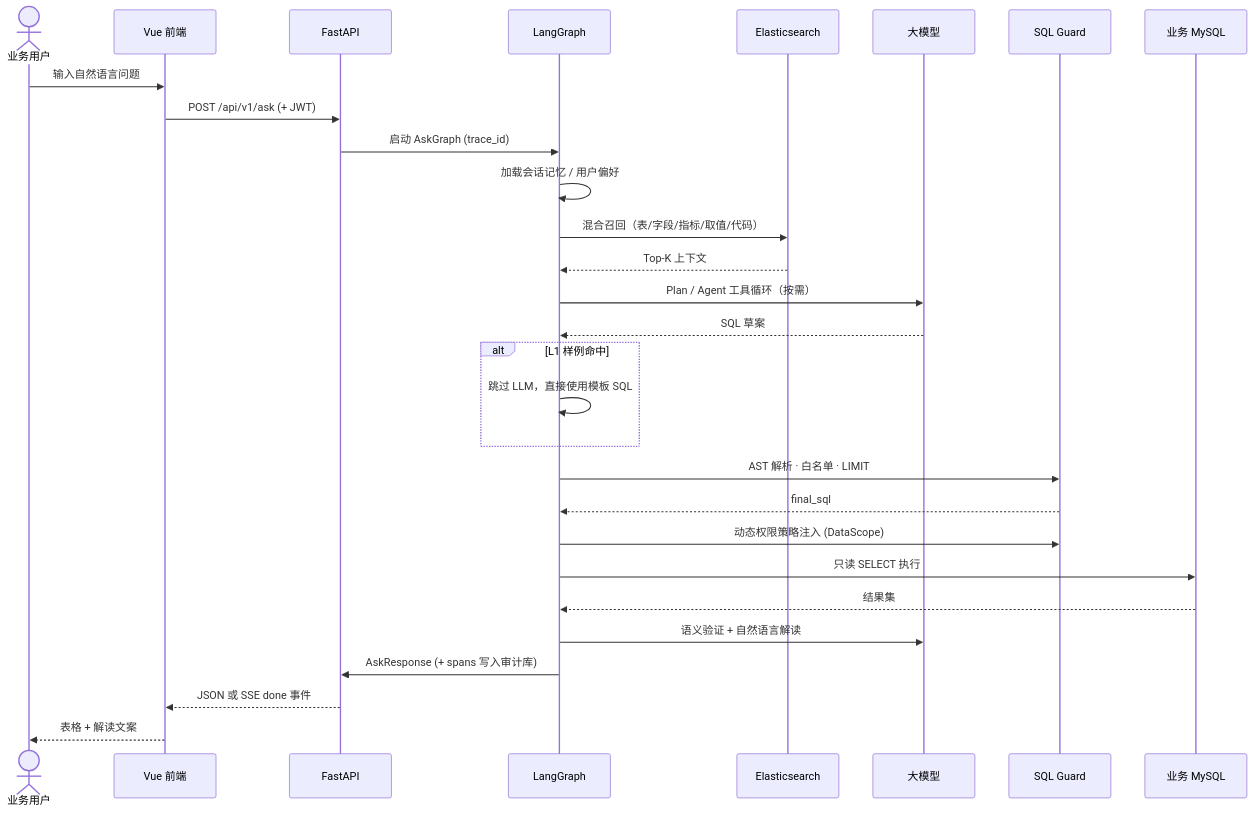
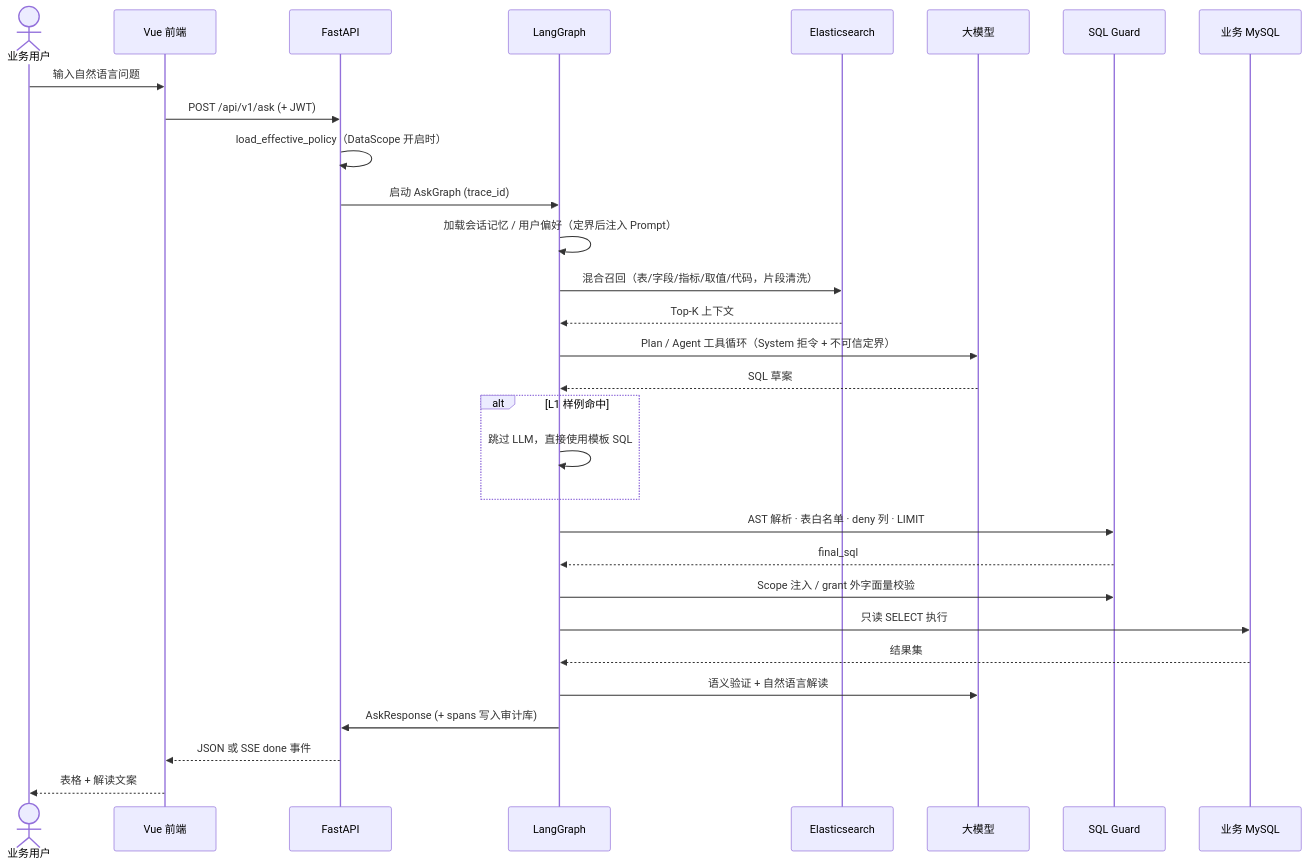
Before and after one commit to yanqiuping110-cloud/xb-data-copilot-bot: the third of 5 diagrams in README.md, drawn with Mermaid. The commit also changed other lines of this file and 33 other files, not shown here.

````diff
--- a/README.md
+++ b/README.md
@@ -142,35 +155,36 @@
 ```mermaid
 sequenceDiagram
     actor User as 业务用户
     participant FE as Vue 前端
     participant API as FastAPI
     participant Graph as LangGraph
     participant ES as Elasticsearch
     participant LLM as 大模型
     participant Guard as SQL Guard
     participant DB as 业务 MySQL
 
     User->>FE: 输入自然语言问题
     FE->>API: POST /api/v1/ask (+ JWT)
+    API->>API: load_effective_policy（DataScope 开启时）
     API->>Graph: 启动 AskGraph (trace_id)
 
-    Graph->>Graph: 加载会话记忆 / 用户偏好
-    Graph->>ES: 混合召回（表/字段/指标/取值/代码）
+    Graph->>Graph: 加载会话记忆 / 用户偏好（定界后注入 Prompt）
+    Graph->>ES: 混合召回（表/字段/指标/取值/代码，片段清洗）
     ES-->>Graph: Top-K 上下文
-    Graph->>LLM: Plan / Agent 工具循环（按需）
+    Graph->>LLM: Plan / Agent 工具循环（System 拒令 + 不可信定界）
     LLM-->>Graph: SQL 草案
 
     alt L1 样例命中
         Graph->>Graph: 跳过 LLM，直接使用模板 SQL
     end
 
-    Graph->>Guard: AST 解析 · 白名单 · LIMIT
+    Graph->>Guard: AST 解析 · 表白名单 · deny 列 · LIMIT
     Guard-->>Graph: final_sql
-    Graph->>Guard: 动态权限策略注入 (DataScope)
+    Graph->>Guard: Scope 注入 / grant 外字面量校验
     Graph->>DB: 只读 SELECT 执行
     DB-->>Graph: 结果集
     Graph->>LLM: 语义验证 + 自然语言解读
     Graph->>API: AskResponse (+ spans 写入审计库)
     API-->>FE: JSON 或 SSE done 事件
     FE-->>User: 表格 + 解读文案
 ```
````
